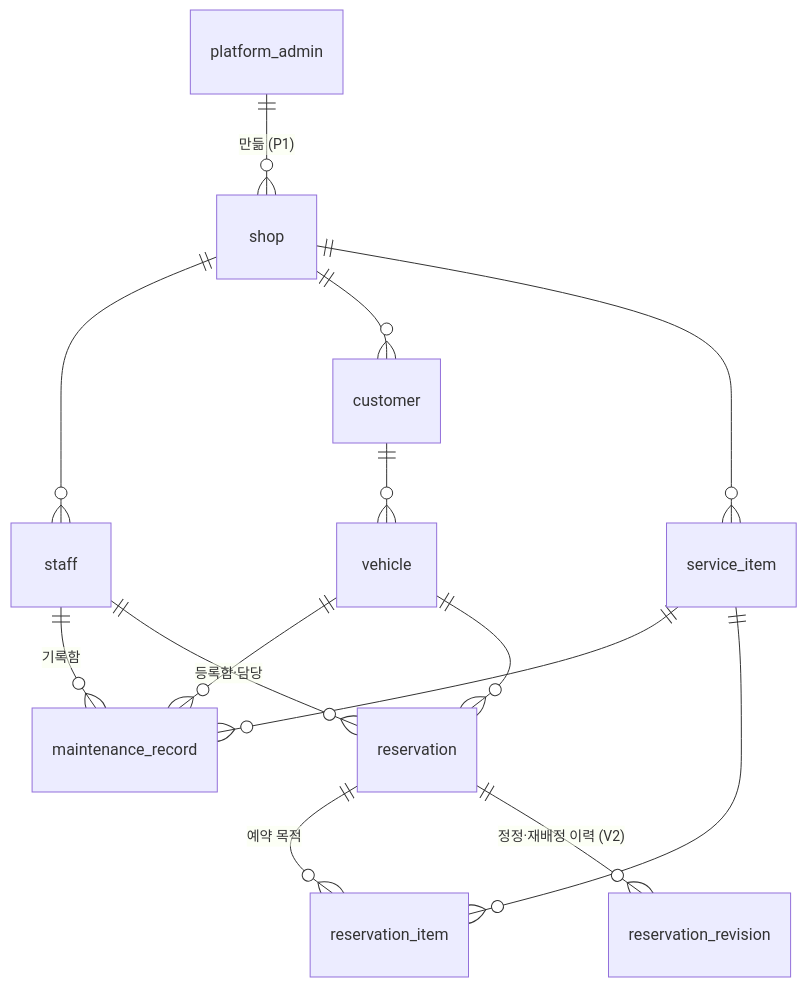
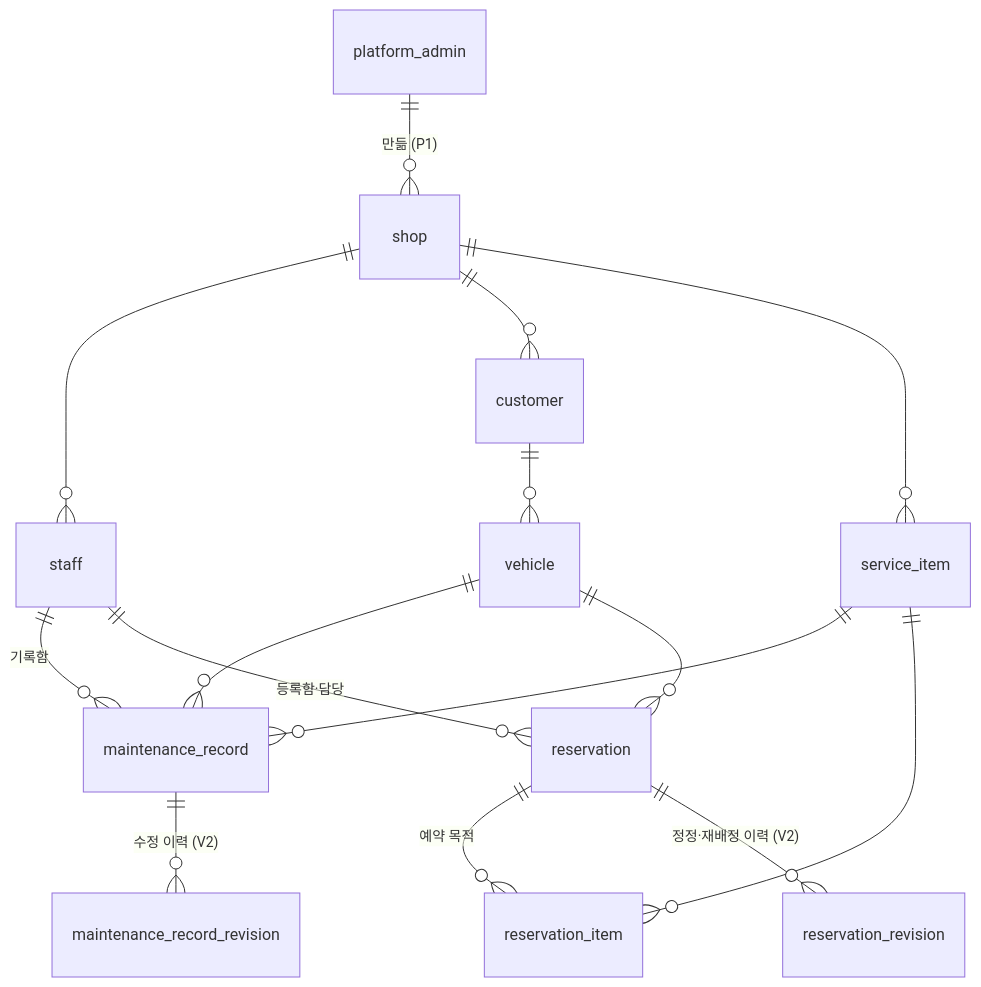
Before and after one commit to OneMonthproJect/chagok-docs: the diagram in docs/07_data_ERD_DB설계서.md, drawn with Mermaid. The commit also changed other lines of this file and 16 other files, not shown here.

````diff
--- a/docs/07_data_ERD_DB설계서.md
+++ b/docs/07_data_ERD_DB설계서.md
@@ -26,16 +27,17 @@
 ```mermaid
 erDiagram
   platform_admin ||--o{ shop : "만듦 (P1)"
   shop ||--o{ staff : ""
   shop ||--o{ customer : ""
   shop ||--o{ service_item : ""
   customer ||--o{ vehicle : ""
   vehicle ||--o{ maintenance_record : ""
   service_item ||--o{ maintenance_record : ""
   staff ||--o{ maintenance_record : "기록함"
   vehicle ||--o{ reservation : ""
   staff ||--o{ reservation : "등록함·담당"
   reservation ||--o{ reservation_item : "예약 목적"
   service_item ||--o{ reservation_item : ""
+  maintenance_record ||--o{ maintenance_record_revision : "수정 이력 (V2)"
   reservation ||--o{ reservation_revision : "정정·재배정 이력 (V2)"
 ```
````
